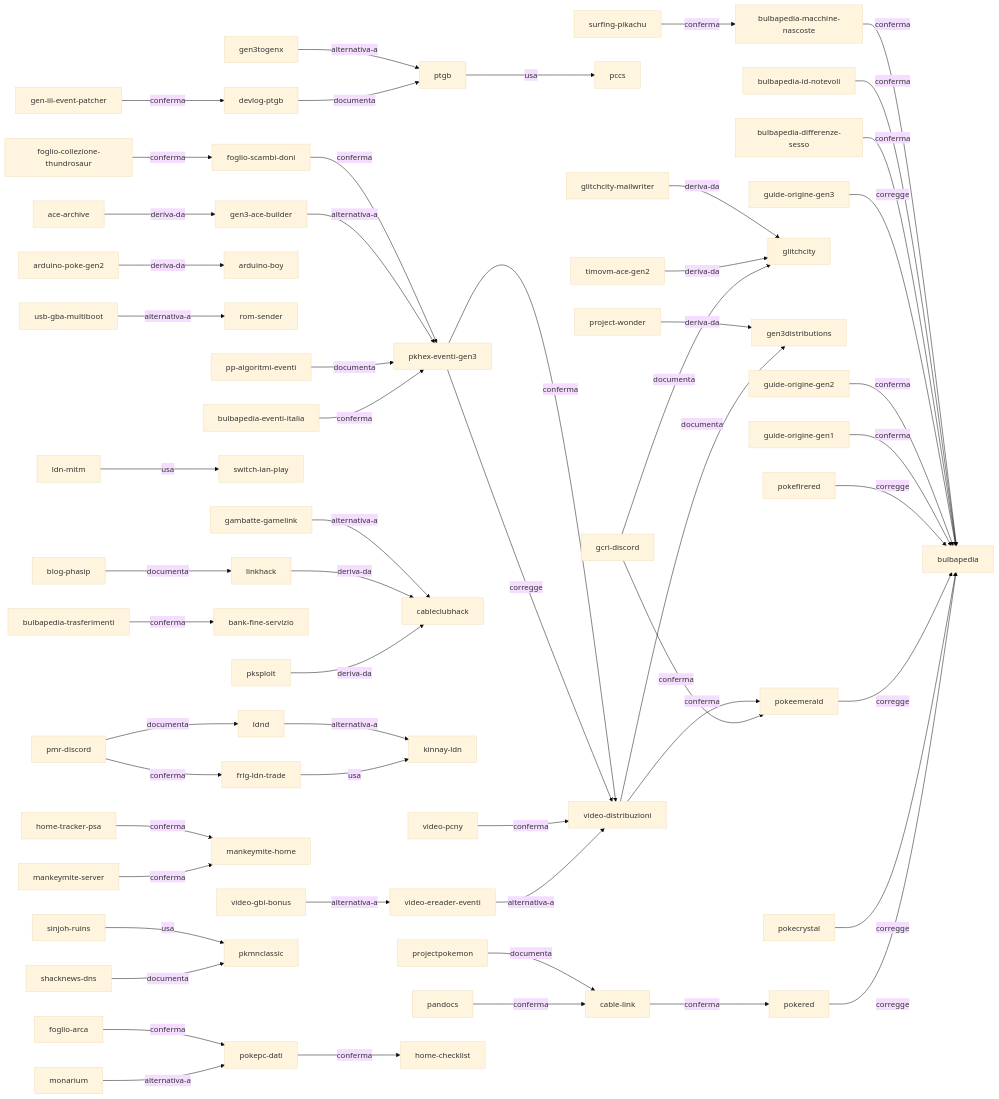
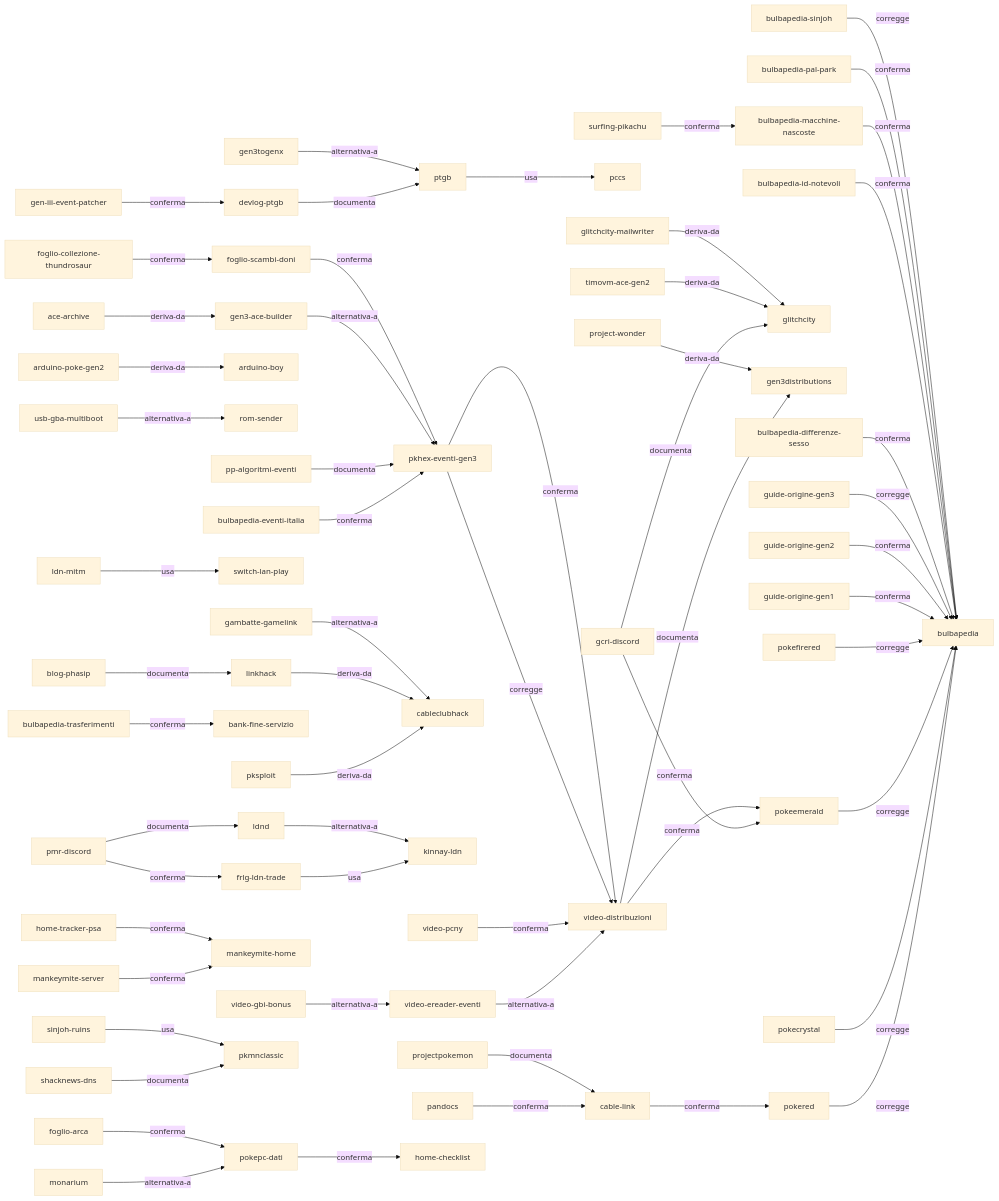
One commit to alesop95/retrogame-mod-pok-dev changed the diagram in docs/fonti/index-fonti.md. Above: the diagram before and after it, drawn with Mermaid (base theme). The commit also changed other lines of this file and 23 other files, not shown here.

````diff
--- a/docs/fonti/index-fonti.md
+++ b/docs/fonti/index-fonti.md
@@ -15,58 +15,60 @@
 ```mermaid
 graph LR
   pokered -- corregge --> bulbapedia
   pokecrystal -- corregge --> bulbapedia
   pokeemerald -- corregge --> bulbapedia
   pokefirered -- corregge --> bulbapedia
   pandocs -- conferma --> cable-link
   devlog-ptgb -- documenta --> ptgb
   ptgb -- usa --> pccs
   gen3togenx -- alternativa-a --> ptgb
   cable-link -- conferma --> pokered
   pksploit -- deriva-da --> cableclubhack
   linkhack -- deriva-da --> cableclubhack
   blog-phasip -- documenta --> linkhack
   arduino-poke-gen2 -- deriva-da --> arduino-boy
   usb-gba-multiboot -- alternativa-a --> rom-sender
   frlg-ldn-trade -- usa --> kinnay-ldn
   ldnd -- alternativa-a --> kinnay-ldn
   pmr-discord -- conferma --> frlg-ldn-trade
   pmr-discord -- documenta --> ldnd
   ldn-mitm -- usa --> switch-lan-play
   gcri-discord -- conferma --> pokeemerald
   gcri-discord -- documenta --> glitchcity
   gambatte-gamelink -- alternativa-a --> cableclubhack
   projectpokemon -- documenta --> cable-link
   video-distribuzioni -- conferma --> pokeemerald
   video-distribuzioni -- documenta --> gen3distributions
   video-ereader-eventi -- alternativa-a --> video-distribuzioni
   video-pcny -- conferma --> video-distribuzioni
   video-gbi-bonus -- alternativa-a --> video-ereader-eventi
   bulbapedia-trasferimenti -- conferma --> bank-fine-servizio
   pkhex-eventi-gen3 -- corregge --> video-distribuzioni
   pkhex-eventi-gen3 -- conferma --> video-distribuzioni
   bulbapedia-eventi-italia -- conferma --> pkhex-eventi-gen3
   gen-iii-event-patcher -- conferma --> devlog-ptgb
   project-wonder -- deriva-da --> gen3distributions
   pp-algoritmi-eventi -- documenta --> pkhex-eventi-gen3
   gen3-ace-builder -- alternativa-a --> pkhex-eventi-gen3
   ace-archive -- deriva-da --> gen3-ace-builder
   mankeymite-server -- conferma --> mankeymite-home
   home-tracker-psa -- conferma --> mankeymite-home
   guide-origine-gen1 -- conferma --> bulbapedia
   guide-origine-gen2 -- conferma --> bulbapedia
   guide-origine-gen3 -- corregge --> bulbapedia
   bulbapedia-differenze-sesso -- conferma --> bulbapedia
   bulbapedia-id-notevoli -- conferma --> bulbapedia
   foglio-scambi-doni -- conferma --> pkhex-eventi-gen3
   timovm-ace-gen2 -- deriva-da --> glitchcity
   glitchcity-mailwriter -- deriva-da --> glitchcity
   shacknews-dns -- documenta --> pkmnclassic
   sinjoh-ruins -- usa --> pkmnclassic
   bulbapedia-macchine-nascoste -- conferma --> bulbapedia
   surfing-pikachu -- conferma --> bulbapedia-macchine-nascoste
   pokepc-dati -- conferma --> home-checklist
   monarium -- alternativa-a --> pokepc-dati
   foglio-arca -- conferma --> pokepc-dati
   foglio-collezione-thundrosaur -- conferma --> foglio-scambi-doni
+  bulbapedia-pal-park -- conferma --> bulbapedia
+  bulbapedia-sinjoh -- corregge --> bulbapedia
 ```
````
